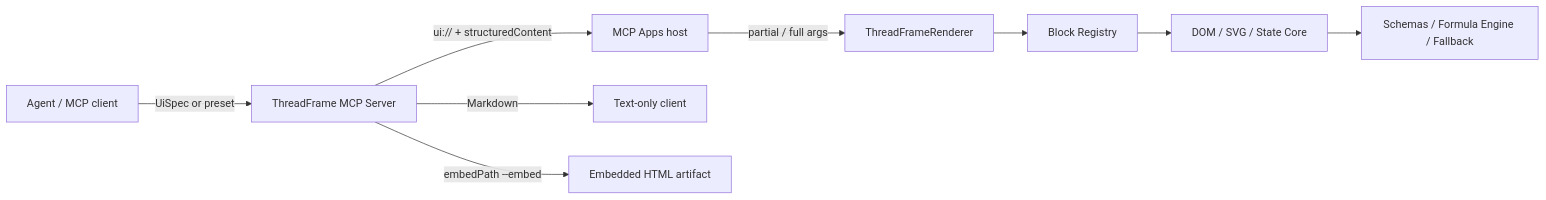
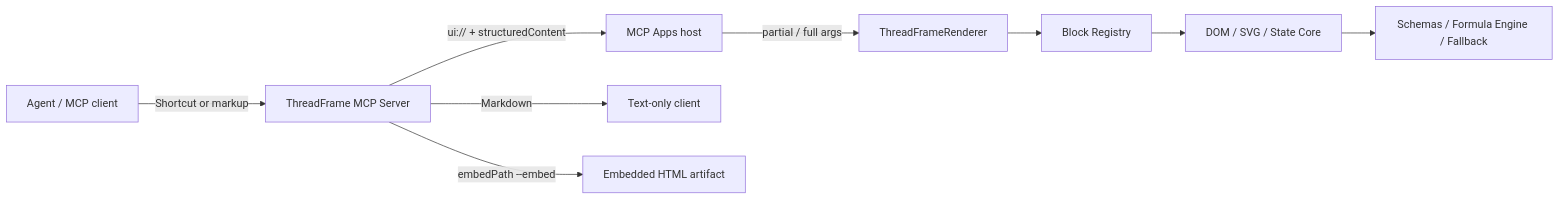
The diagram in README.md (losewayy/threadframe), drawn with Mermaid before and after one commit. The commit also changed other lines of this file and 8 other files, not shown here.

Commit message:
chore: focus MCP tools, add markup playground, prompts, and v0.5 demo

````diff
--- a/README.md
+++ b/README.md
@@ -103,11 +103,11 @@
 ```mermaid
 flowchart LR
-  Agent[Agent / MCP client] -->|UiSpec or preset| Server[ThreadFrame MCP Server]
+  Agent[Agent / MCP client] -->|Shortcut or markup| Server[ThreadFrame MCP Server]
   Server -->|ui:// + structuredContent| Host[MCP Apps host]
   Server -->|Markdown| Text[Text-only client]
   Server -->|embedPath --embed| Embed[Embedded HTML artifact]
   Host -->|partial / full args| Renderer[ThreadFrameRenderer]
   Renderer --> Registry[Block Registry]
   Registry --> Core[DOM / SVG / State Core]
   Core --> Pure[Schemas / Formula Engine / Fallback]
 ```
````
